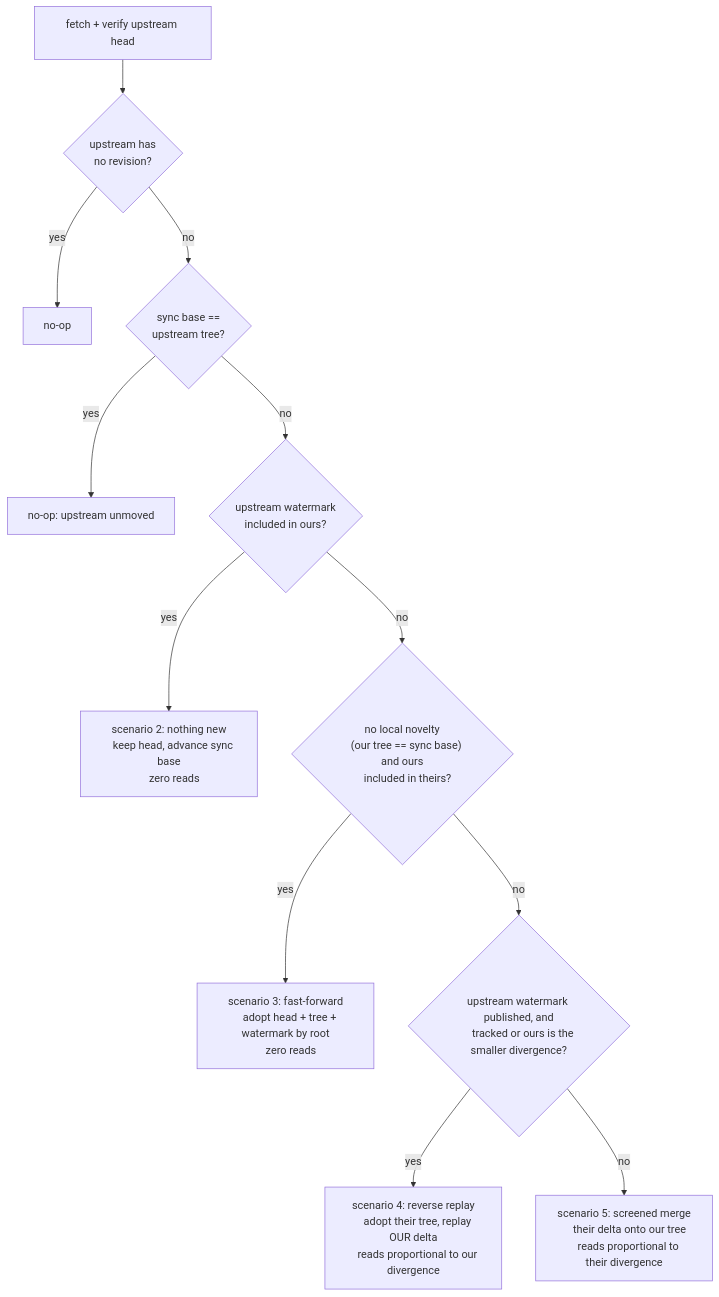
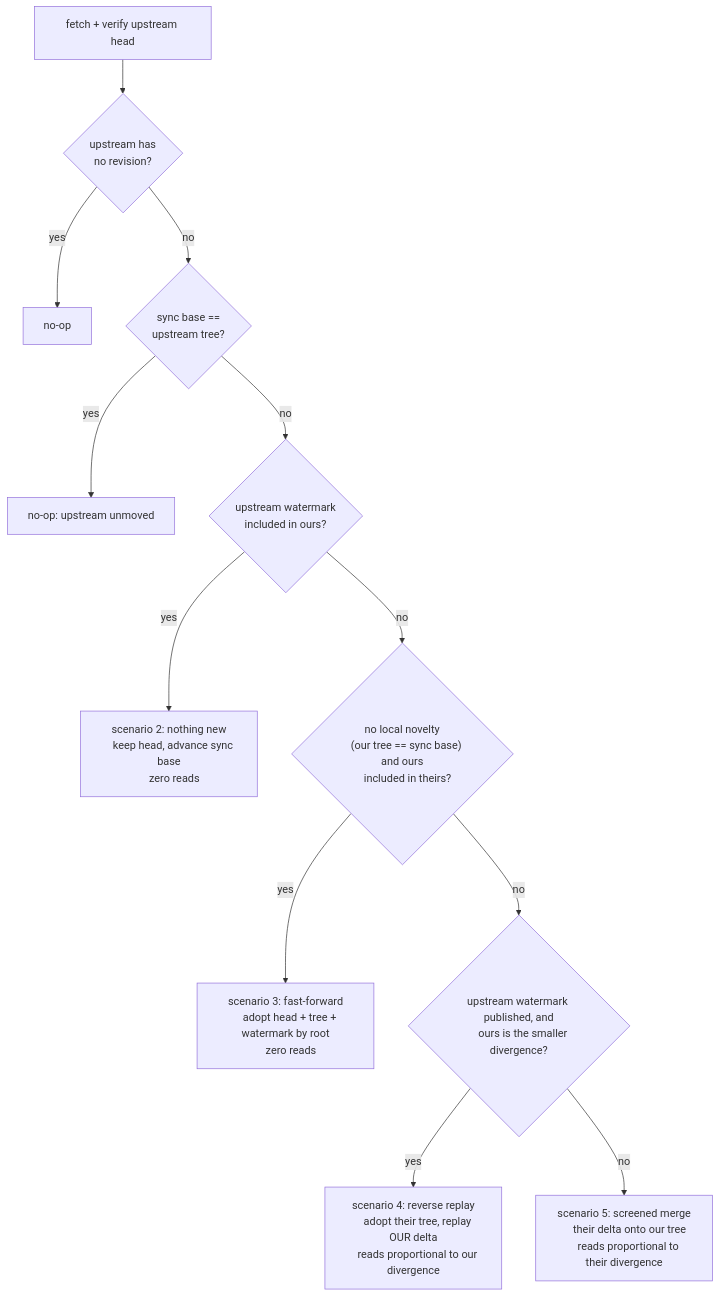
The third of 9 diagrams in notes/version-control.md (dialog-db/dialog-db), drawn with Mermaid before and after one commit. The commit also changed other lines of this file and 3 other files, not shown here.

````diff
--- a/notes/version-control.md
+++ b/notes/version-control.md
@@ -147,28 +147,28 @@
 ```mermaid
 flowchart TD
     A["fetch + verify upstream head"] --> B{"upstream has
     no revision?"}
     B -- yes --> N1["no-op"]
     B -- no --> C{"sync base ==
     upstream tree?"}
     C -- yes --> N2["no-op: upstream unmoved"]
     C -- no --> D{"upstream watermark
     included in ours?"}
     D -- yes --> S2["scenario 2: nothing new
     keep head, advance sync base
     zero reads"]
     D -- no --> E{"no local novelty
     (our tree == sync base) and ours
     included in theirs?"}
     E -- yes --> S3["scenario 3: fast-forward
     adopt head + tree + watermark by root
     zero reads"]
     E -- no --> F{"upstream watermark published, and
-    tracked or ours is the smaller divergence?"}
+    ours is the smaller divergence?"}
     F -- yes --> S4["scenario 4: reverse replay
     adopt their tree, replay OUR delta
     reads proportional to our divergence"]
     F -- no --> S5["scenario 5: screened merge
     their delta onto our tree
     reads proportional to their divergence"]
 ```
````
